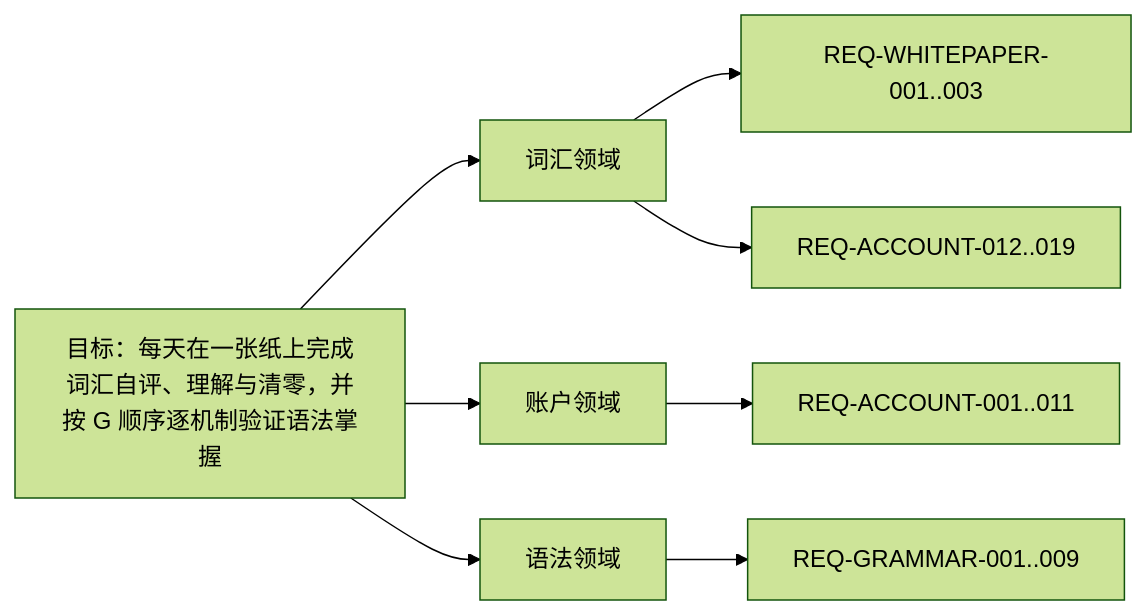
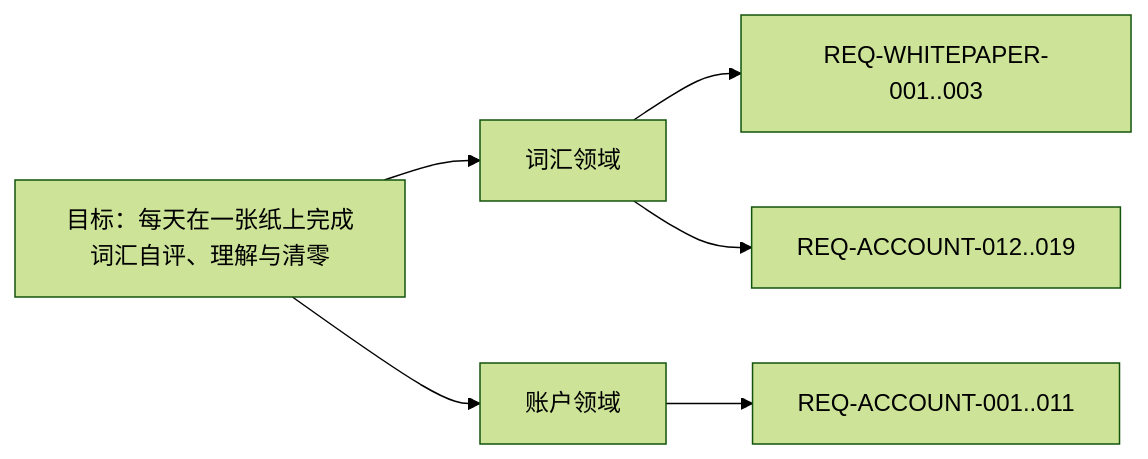
One commit to morewhyhan/whitepaper-english changed the diagram in docs/GOAL.md. Above: the diagram before and after it, drawn with Mermaid (forest theme). The commit also changed other lines of this file and 18 other files, not shown here.

````diff
--- a/docs/GOAL.md
+++ b/docs/GOAL.md
@@ -34,11 +34,9 @@
 ```mermaid
 flowchart LR
-  G["目标：每天在一张纸上完成词汇自评、理解与清零，并按 G 顺序逐机制验证语法掌握"]
+  G["目标：每天在一张纸上完成词汇自评、理解与清零"]
   G --> D1["词汇领域"]
   G --> D2["账户领域"]
-  G --> D3["语法领域"]
   D1 --> R1["REQ-WHITEPAPER-001..003"]
   D1 --> R2["REQ-ACCOUNT-012..019"]
   D2 --> R3["REQ-ACCOUNT-001..011"]
-  D3 --> R4["REQ-GRAMMAR-001..009"]
 ```
````
